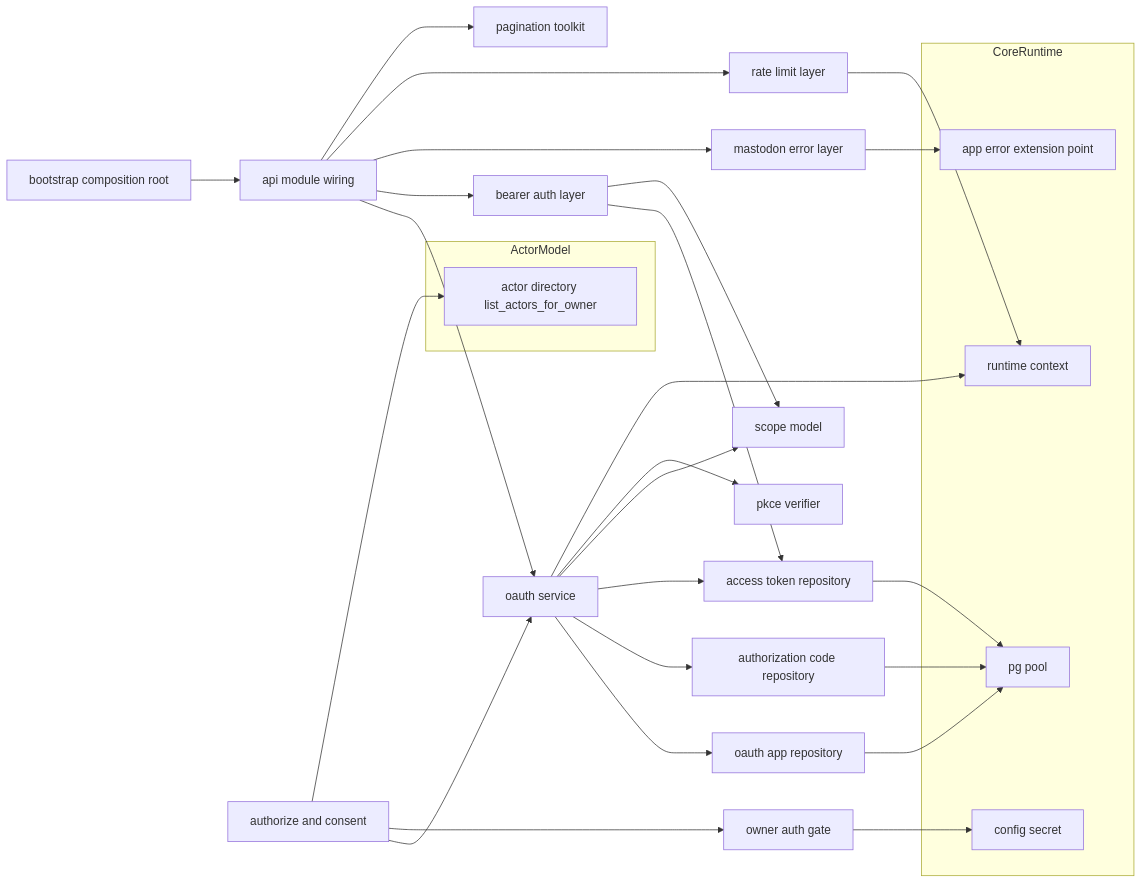
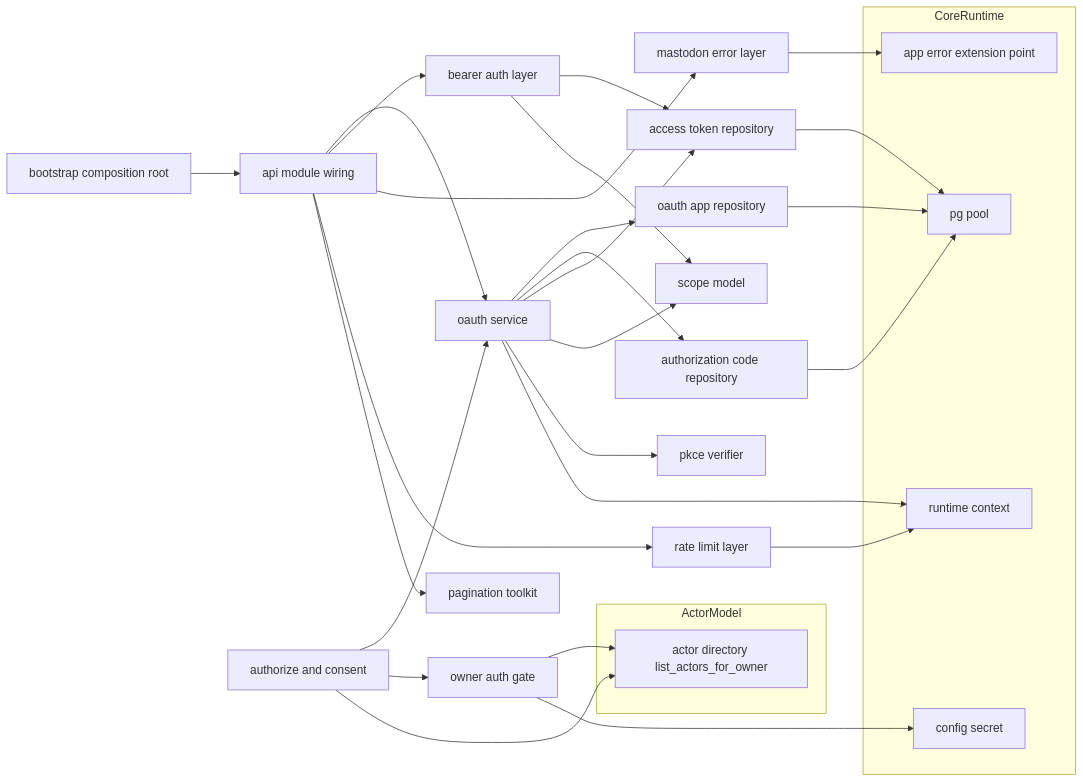
The first of 4 diagrams in .kiro/specs/api-foundation/design.md (mat-der-D/kawasemi), drawn with Mermaid before and after one commit. The commit also changed other lines of this file and 10 other files, not shown here.

````diff
--- a/.kiro/specs/api-foundation/design.md
+++ b/.kiro/specs/api-foundation/design.md
@@ -71,35 +72,36 @@
 ```mermaid
 graph LR
     Bootstrap[bootstrap composition root] --> ApiModule[api module wiring]
     ApiModule --> OauthService[oauth service]
     ApiModule --> AuthLayer[bearer auth layer]
     ApiModule --> ErrorLayer[mastodon error layer]
     ApiModule --> RateLimitLayer[rate limit layer]
     ApiModule --> Pagination[pagination toolkit]
     OauthService --> AppRepo[oauth app repository]
     OauthService --> CodeRepo[authorization code repository]
     OauthService --> TokenRepo[access token repository]
     OauthService --> Scope[scope model]
     OauthService --> Pkce[pkce verifier]
     AuthLayer --> TokenRepo
     AuthLayer --> Scope
     Authorize[authorize and consent] --> OauthService
     Authorize --> OwnerGate[owner auth gate]
     Authorize --> ActorDir[actor directory list_actors_for_owner]
+    OwnerGate --> ActorDir
     subgraph CoreRuntime
       RuntimeCtx[runtime context]
       Pool[pg pool]
       AppError[app error extension point]
       ConfigSecret[config secret]
     end
     subgraph ActorModel
       ActorDir
     end
     AppRepo --> Pool
     CodeRepo --> Pool
     TokenRepo --> Pool
     OwnerGate --> ConfigSecret
     OauthService --> RuntimeCtx
     ErrorLayer --> AppError
     RateLimitLayer --> RuntimeCtx
 ```
````
